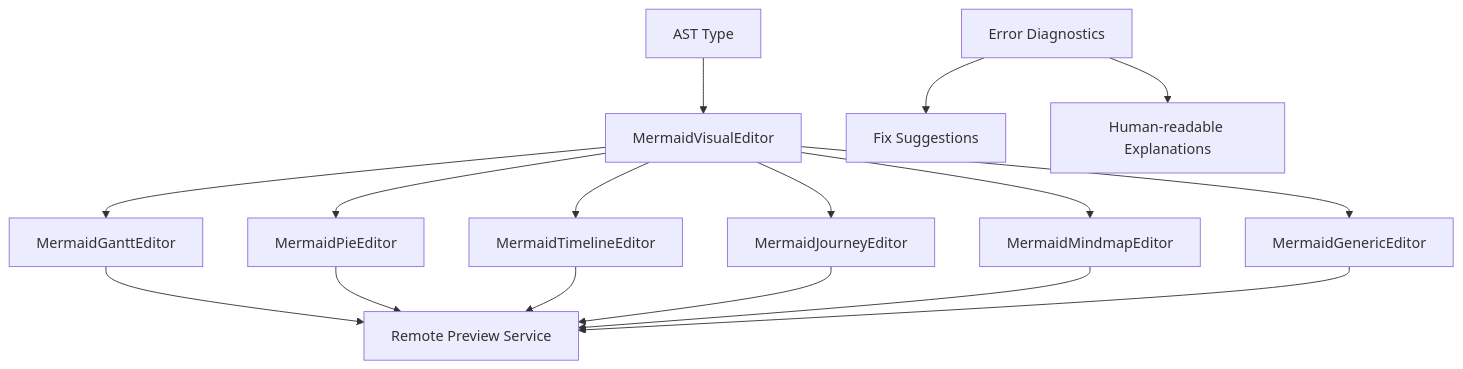
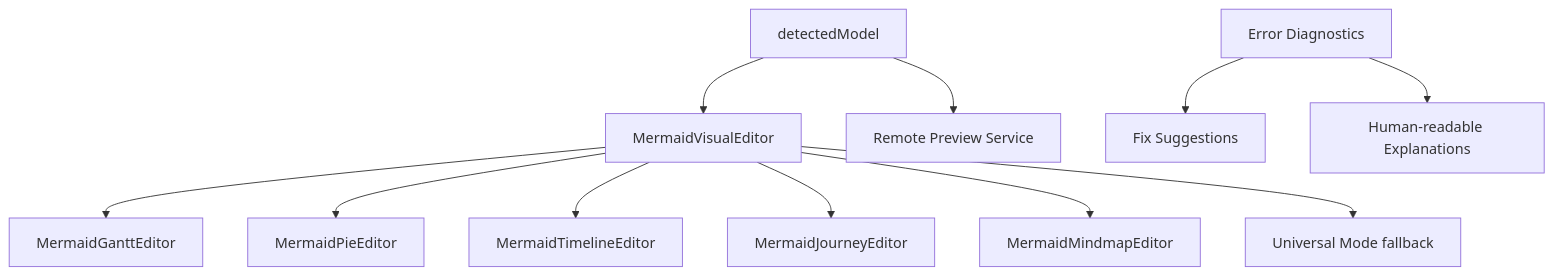
The fourth of 4 diagrams in .qoder/repowiki/en/content/Diagram Types and Formats/Mermaid Diagrams/Gantt Charts and Pie Charts.md (ongchonghian/universal-diagram-editor), drawn with Mermaid before and after one commit. The commit also changed other lines of this file and 31 other files, not shown here.

````diff
--- a/.qoder/repowiki/en/content/Diagram Types and Formats/Mermaid Diagrams/Gantt Charts and Pie Charts.md
+++ b/.qoder/repowiki/en/content/Diagram Types and Formats/Mermaid Diagrams/Gantt Charts and Pie Charts.md
@@ -236,18 +181,13 @@
 ```mermaid
 graph TB
-AST["AST Type"] --> Router["MermaidVisualEditor"]
+Model["detectedModel"] --> Router["MermaidVisualEditor"]
 Router --> Gantt["MermaidGanttEditor"]
 Router --> Pie["MermaidPieEditor"]
 Router --> Timeline["MermaidTimelineEditor"]
 Router --> Journey["MermaidJourneyEditor"]
 Router --> Mindmap["MermaidMindmapEditor"]
-Router --> Generic["MermaidGenericEditor"]
-Gantt --> Preview["Remote Preview Service"]
-Pie --> Preview
-Timeline --> Preview
-Journey --> Preview
-Mindmap --> Preview
-Generic --> Preview
+Router --> Generic["Universal Mode fallback"]
+Model --> Preview["Remote Preview Service"]
 Errors["Error Diagnostics"] --> Fixes["Fix Suggestions"]
 Errors --> Explanations["Human-readable Explanations"]
 ```
````
